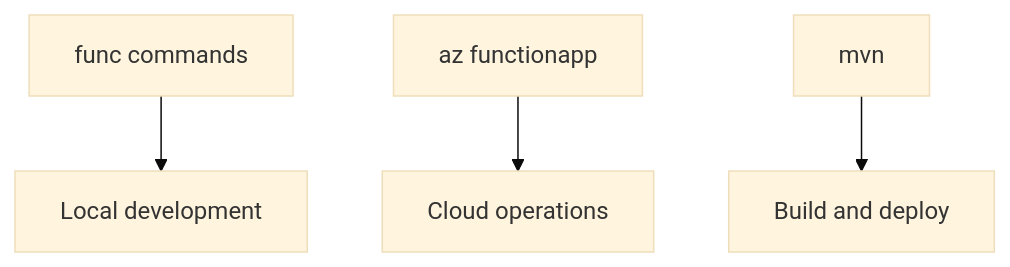
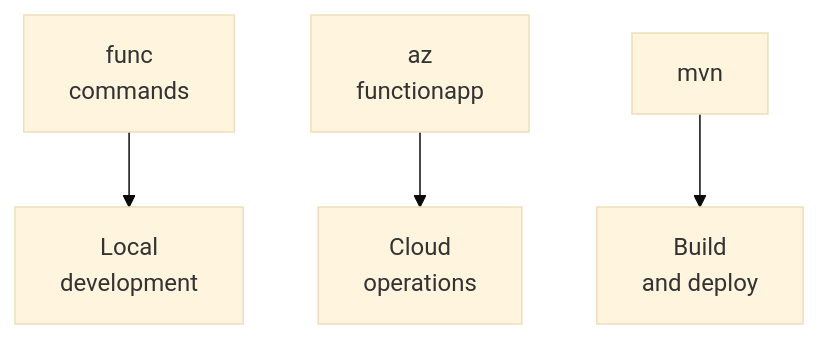
One commit to yeongseon/azure-functions-practical-guide changed the diagram in docs/language-guides/java/cli-cheatsheet.md. Above: the diagram before and after it, drawn with Mermaid (base theme). The commit also changed 4 other files, not shown here.

First line of the commit message:
docs(diagrams): improve Java navigation diagram readability (#484)

````diff
--- a/docs/language-guides/java/cli-cheatsheet.md
+++ b/docs/language-guides/java/cli-cheatsheet.md
@@ -25,6 +25,8 @@
 ```mermaid
 flowchart TD
-    A[func commands] --> B[Local development]
-    C[az functionapp] --> D[Cloud operations]
-    E[mvn] --> F[Build and deploy]
+    accTitle: Java guide command groups
+    accDescr: In this Maven-based guide, func commands support local development, az functionapp covers cloud operations, and mvn covers build and deployment; these are three tool categories, not a required execution order.
+    A["func<br/>commands"] --> B["Local<br/>development"]
+    C["az<br/>functionapp"] --> D["Cloud<br/>operations"]
+    E[mvn] --> F["Build<br/>and deploy"]
 ```
````
